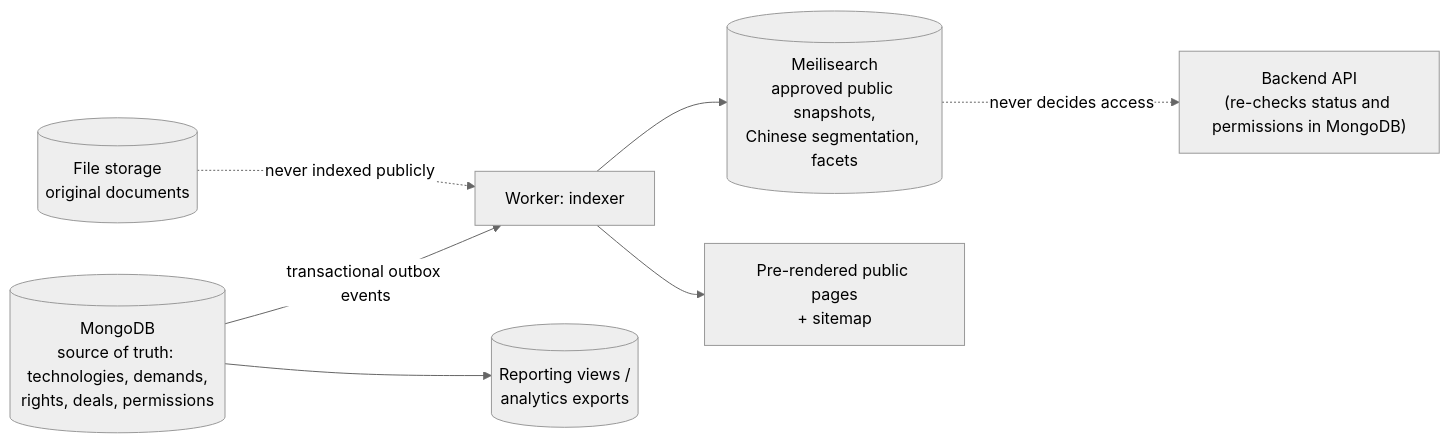
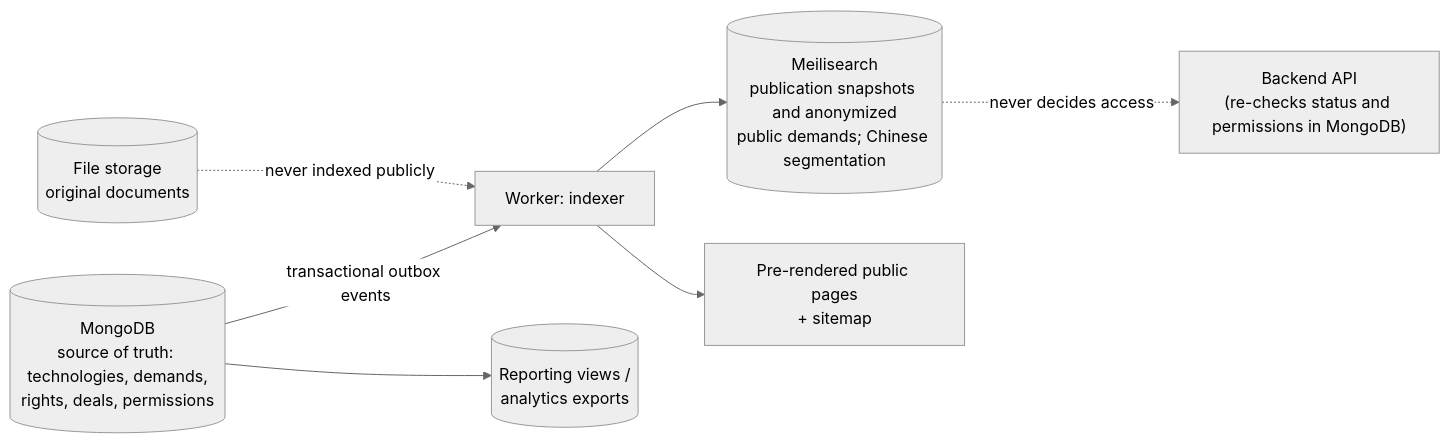
Diagram 17 of 21 in 05-system-design-blueprint.md (greensoft-atom/tex-platform), drawn with Mermaid (neutral theme) before and after one commit. The commit also changed other lines of this file and 615 other files, not shown here.

````diff
--- a/05-system-design-blueprint.md
+++ b/05-system-design-blueprint.md
@@ -1100,9 +1192,9 @@
 ```mermaid
 flowchart LR
     DB[("MongoDB<br/>source of truth: technologies, demands,<br/>rights, deals, permissions")] -->|"transactional outbox events"| W["Worker: indexer"]
-    W --> SI[("Meilisearch<br/>approved public snapshots,<br/>Chinese segmentation, facets")]
+    W --> SI[("Meilisearch<br/>publication snapshots and anonymized<br/>public demands; Chinese segmentation")]
     W --> PG["Pre-rendered public pages<br/>+ sitemap"]
     OS[("File storage<br/>original documents")] -.->|"never indexed publicly"| W
     DB --> AN[("Reporting views /<br/>analytics exports")]
     SI -. "never decides access" .-> API["Backend API<br/>(re-checks status and permissions in MongoDB)"]
 ```
````
